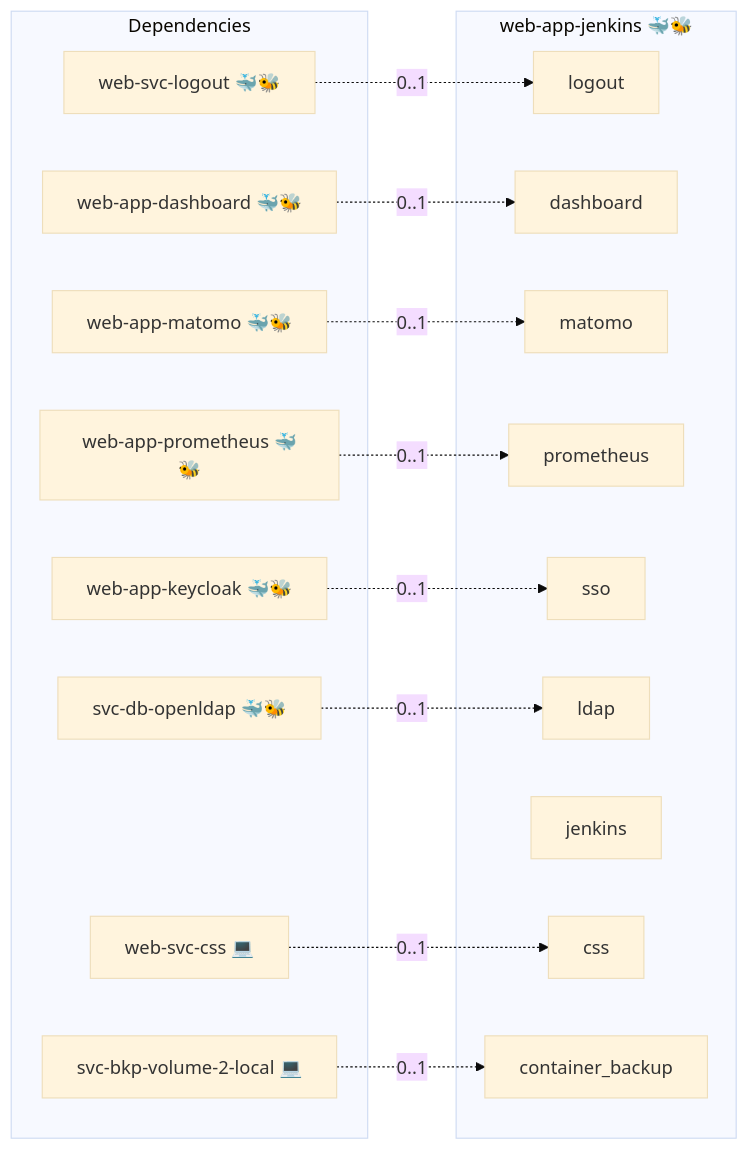
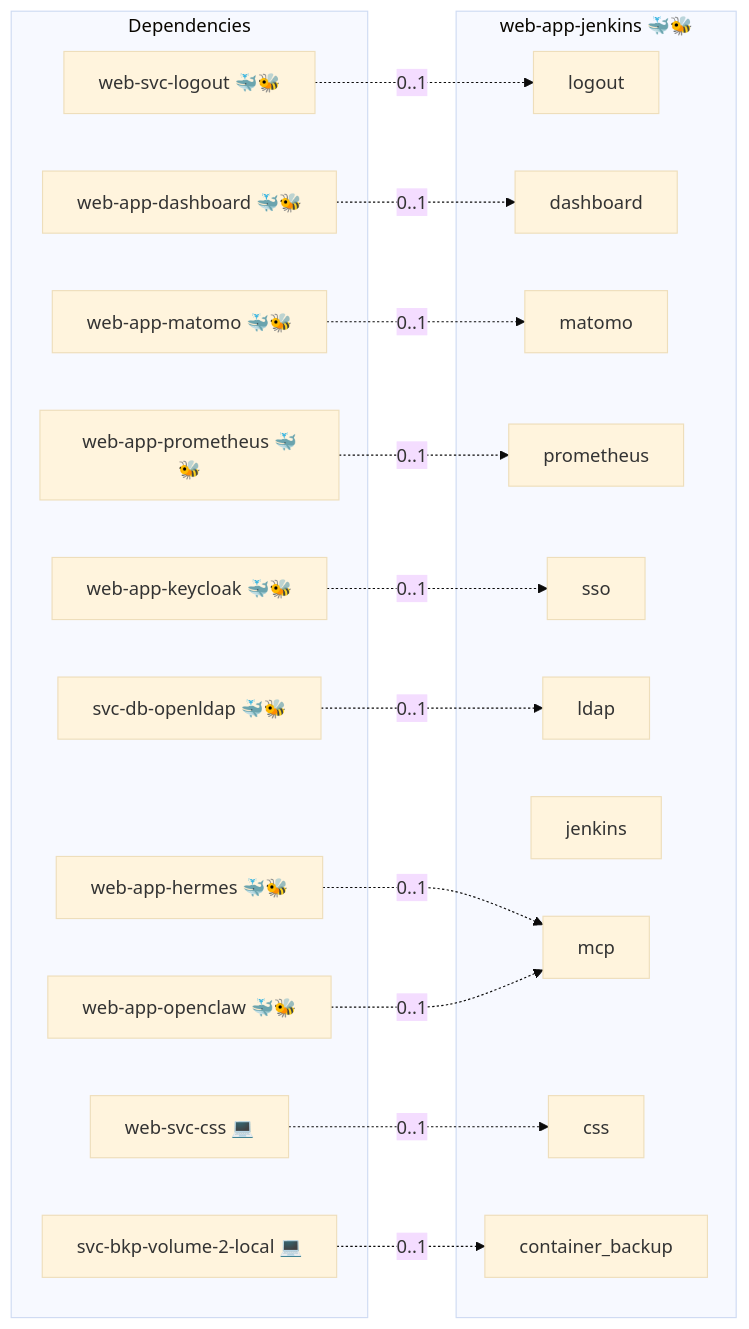
The diagram in roles/web-app-jenkins/README.md (infinito-nexus/core), drawn with Mermaid (base theme) before and after one commit. The commit also changed other lines of this file and 14 other files, not shown here.

````diff
--- a/roles/web-app-jenkins/README.md
+++ b/roles/web-app-jenkins/README.md
@@ -15,32 +15,37 @@
 ```mermaid
 flowchart LR
     subgraph deps [Dependencies]
         dep_svc_bkp_volume_2_local["svc-bkp-volume-2-local 💻"]
         dep_svc_db_openldap["svc-db-openldap 🐳🐝"]
         dep_web_app_dashboard["web-app-dashboard 🐳🐝"]
+        dep_web_app_hermes["web-app-hermes 🐳🐝"]
         dep_web_app_keycloak["web-app-keycloak 🐳🐝"]
         dep_web_app_matomo["web-app-matomo 🐳🐝"]
+        dep_web_app_openclaw["web-app-openclaw 🐳🐝"]
         dep_web_app_prometheus["web-app-prometheus 🐳🐝"]
         dep_web_svc_css["web-svc-css 💻"]
         dep_web_svc_logout["web-svc-logout 🐳🐝"]
     end
     subgraph role [web-app-jenkins 🐳🐝]
         svc_logout["logout"]
         svc_dashboard["dashboard"]
         svc_matomo["matomo"]
         svc_prometheus["prometheus"]
         svc_sso["sso"]
         svc_ldap["ldap"]
         svc_jenkins["jenkins"]
+        svc_mcp["mcp"]
         svc_css["css"]
         svc_container_backup["container_backup"]
     end
     dep_svc_bkp_volume_2_local -. "0..1" .-> svc_container_backup
     dep_svc_db_openldap -. "0..1" .-> svc_ldap
     dep_web_app_dashboard -. "0..1" .-> svc_dashboard
+    dep_web_app_hermes -. "0..1" .-> svc_mcp
     dep_web_app_keycloak -. "0..1" .-> svc_sso
     dep_web_app_matomo -. "0..1" .-> svc_matomo
+    dep_web_app_openclaw -. "0..1" .-> svc_mcp
     dep_web_app_prometheus -. "0..1" .-> svc_prometheus
     dep_web_svc_css -. "0..1" .-> svc_css
     dep_web_svc_logout -. "0..1" .-> svc_logout
 ```
````
